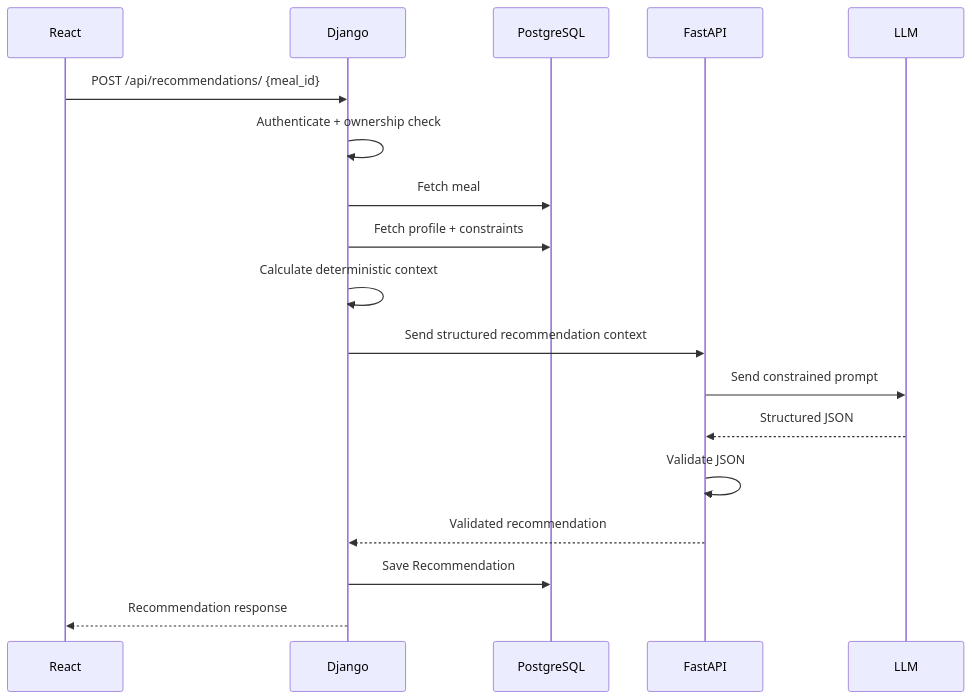
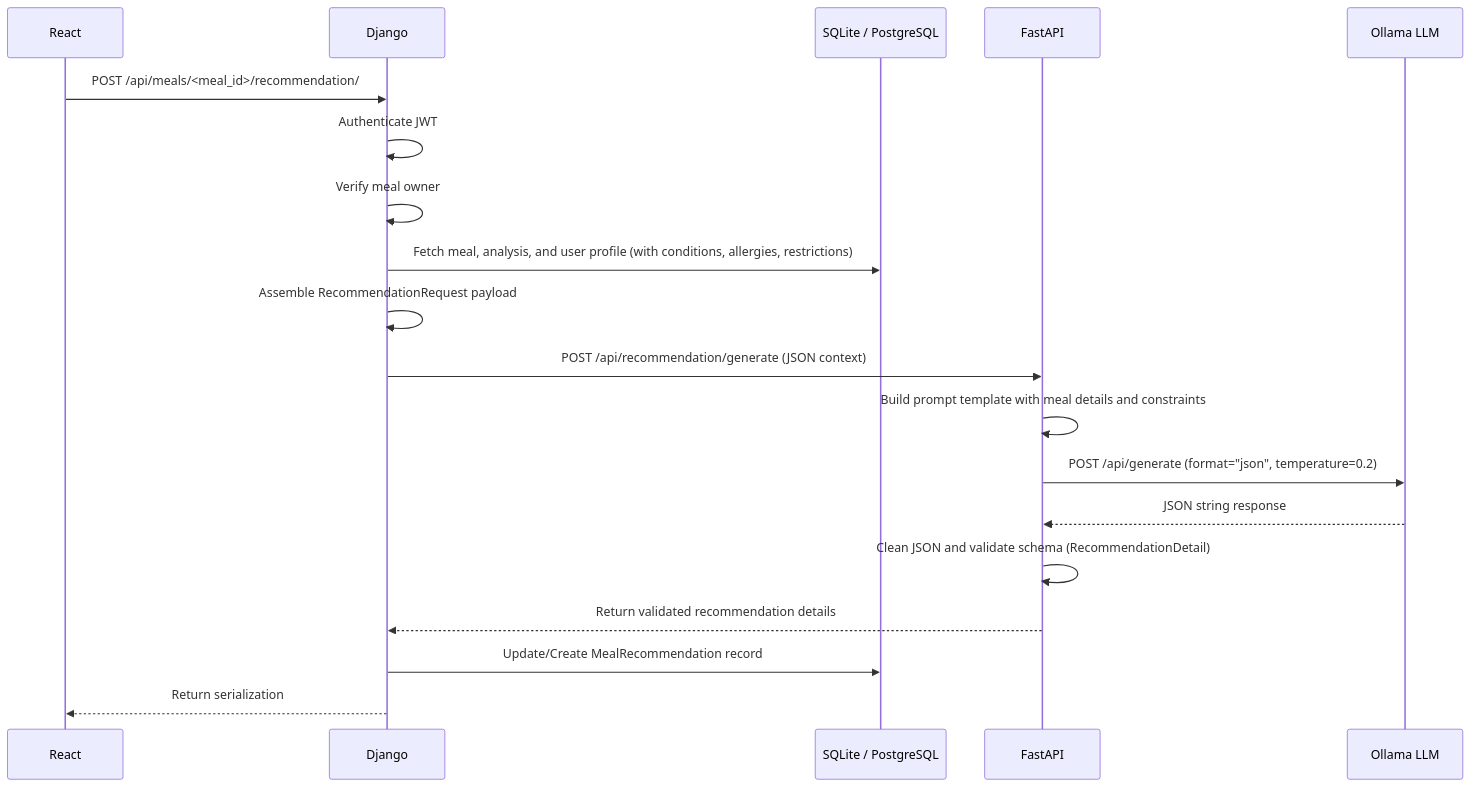
Before and after one commit to HimalBhandari05/Nepali-Diet-Advisory-System: the seventh of 10 diagrams in docs/full_backend_system_blueprint.md, drawn with Mermaid. The commit also changed other lines of this file and 2 other files, not shown here.

Commit message:
docs: update system architecture blueprint and add service startup script

````diff
--- a/docs/full_backend_system_blueprint.md
+++ b/docs/full_backend_system_blueprint.md
@@ -1942,21 +1516,25 @@
 ``` mermaid
 sequenceDiagram
     participant R as React
     participant D as Django
-    participant DB as PostgreSQL
+    participant DB as SQLite / PostgreSQL
     participant F as FastAPI
-    participant L as LLM
+    participant L as Ollama LLM
 
-    R->>D: POST /api/recommendations/ {meal_id}
-    D->>D: Authenticate + ownership check
-    D->>DB: Fetch meal
-    D->>DB: Fetch profile + constraints
-    D->>D: Calculate deterministic context
-    D->>F: Send structured recommendation context
-    F->>L: Send constrained prompt
-    L-->>F: Structured JSON
-    F->>F: Validate JSON
-    F-->>D: Validated recommendation
-    D->>DB: Save Recommendation
-    D-->>R: Recommendation response
+    R->>D: POST /api/meals/<meal_id>/recommendation/
+    D->>D: Authenticate JWT
+    D->>D: Verify meal owner
+    D->>DB: Fetch meal, analysis, and user profile (with conditions, allergies, restrictions)
+    D->>D: Assemble RecommendationRequest payload
+    D->>F: POST /api/recommendation/generate (JSON context)
+
+    F->>F: Build prompt template with meal details and constraints
+    F->>L: POST /api/generate (format="json", temperature=0.2)
+    L-->>F: JSON string response
+
+    F->>F: Clean JSON and validate schema (RecommendationDetail)
+    F-->>D: Return validated recommendation details
+
+    D->>DB: Update/Create MealRecommendation record
+    D-->>R: Return serialization
 ```
````
